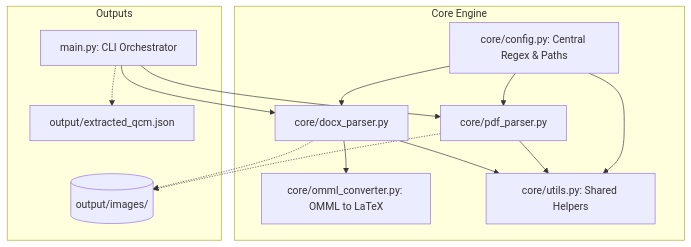
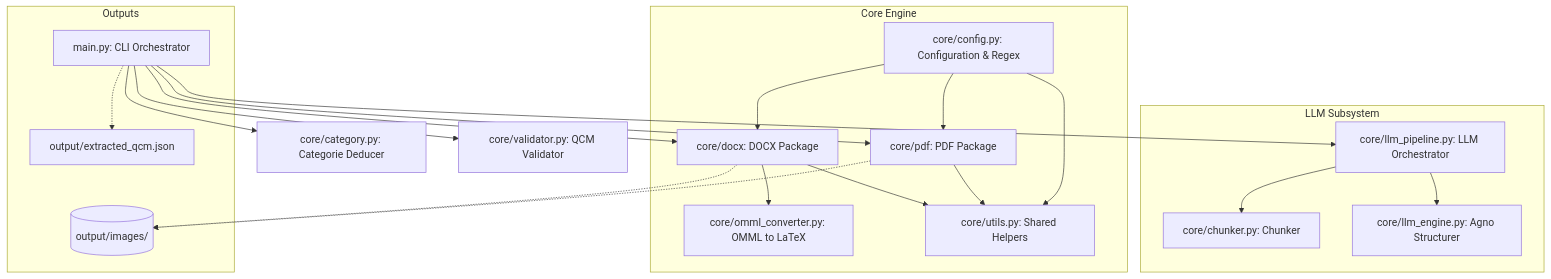
Before and after one commit to redabens/medextract: the first of 3 diagrams in README.md, drawn with Mermaid. The commit also changed other lines of this file and 31 other files, not shown here.

````diff
--- a/README.md
+++ b/README.md
@@ -13,20 +13,28 @@
 ```mermaid
 graph TD
-    A[main.py: CLI Orchestrator] --> B[core/docx_parser.py]
-    A --> C[core/pdf_parser.py]
+    A[main.py: CLI Orchestrator] --> B[core/category.py: Categorie Deducer]
+    A --> C[core/validator.py: QCM Validator]
+    A --> D[core/llm_pipeline.py: LLM Orchestrator]
+    A --> E[core/docx: DOCX Package]
+    A --> F[core/pdf: PDF Package]
     
     subgraph Core Engine
-        B --> D[core/omml_converter.py: OMML to LaTeX]
-        B --> E[core/utils.py: Shared Helpers]
-        C --> E
-        F[core/config.py: Central Regex & Paths] --> B
-        F --> C
-        F --> E
+        E --> G[core/omml_converter.py: OMML to LaTeX]
+        E --> H[core/utils.py: Shared Helpers]
+        F --> H
+        I[core/config.py: Configuration & Regex] --> E
+        I --> F
+        I --> H
+    end
+    
+    subgraph LLM Subsystem
+        D --> J[core/chunker.py: Chunker]
+        D --> K[core/llm_engine.py: Agno Structurer]
     end
     
     subgraph Outputs
-        B -.-> G[(output/images/)]
-        C -.-> G
-        A -.-> H[output/extracted_qcm.json]
+        E -.-> L[(output/images/)]
+        F -.-> L
+        A -.-> M[output/extracted_qcm.json]
     end
 ```
````
